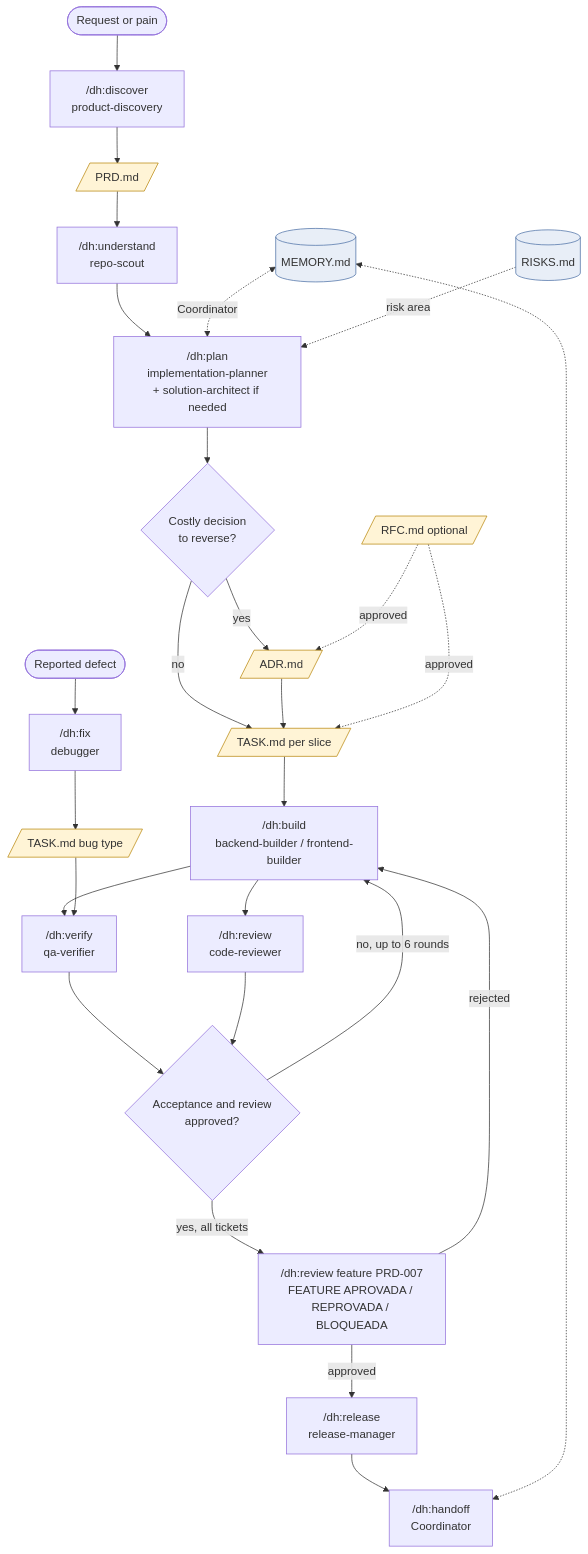
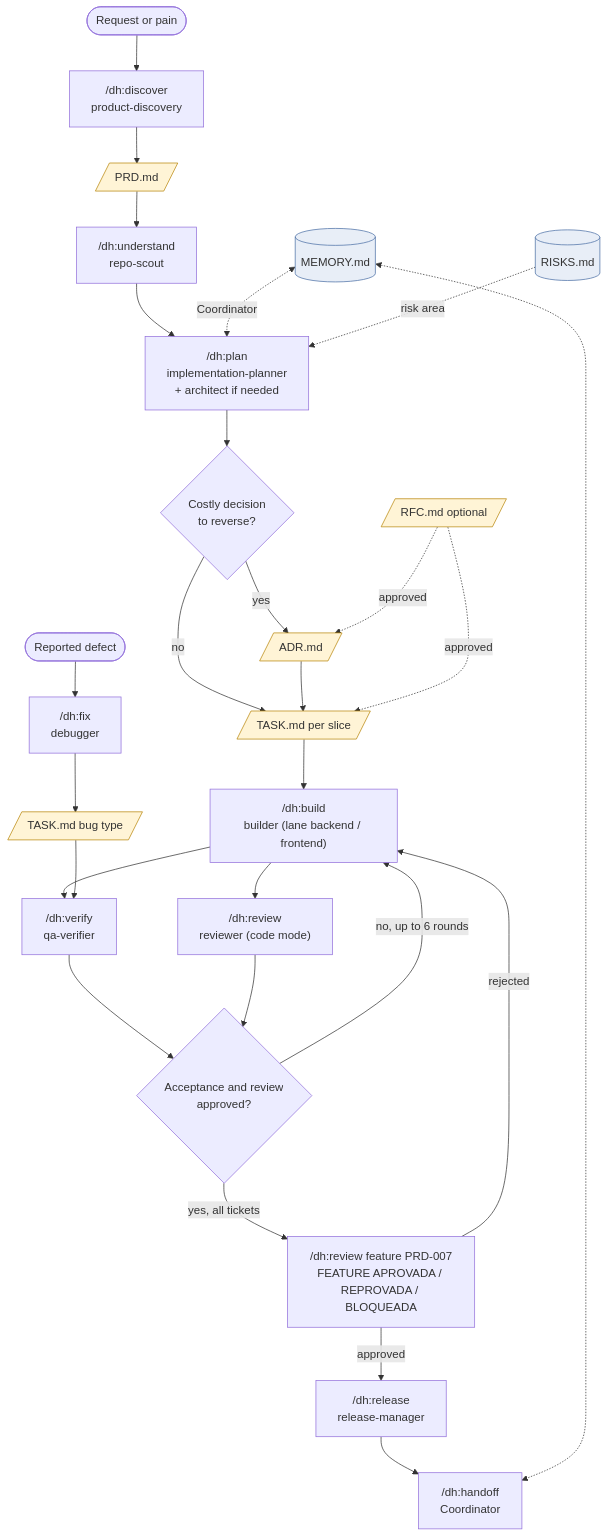
The first of 2 diagrams in docs/en/tutorials/templates.md (danielmalka/dev-harness), drawn with Mermaid before and after one commit. The commit also changed other lines of this file and 662 other files, not shown here.

````diff
--- a/docs/en/tutorials/templates.md
+++ b/docs/en/tutorials/templates.md
@@ -50,37 +50,37 @@
 ```mermaid
 flowchart TB
     ideia([Request or pain]) --> discover["/dh:discover<br/>product-discovery"]
     discover --> prd[/PRD.md/]
     prd --> understand["/dh:understand<br/>repo-scout"]
-    understand --> plan["/dh:plan<br/>implementation-planner<br/>+ solution-architect if needed"]
+    understand --> plan["/dh:plan<br/>implementation-planner<br/>+ architect if needed"]
     plan --> decisao{Costly decision<br/>to reverse?}
     decisao -->|yes| adr[/ADR.md/]
     decisao -->|no| tasks
     adr --> tasks[/TASK.md per slice/]
-    tasks --> build["/dh:build<br/>backend-builder / frontend-builder"]
+    tasks --> build["/dh:build<br/>builder (lane backend / frontend)"]
     build --> verify["/dh:verify<br/>qa-verifier"]
-    build --> review["/dh:review<br/>code-reviewer"]
+    build --> review["/dh:review<br/>reviewer (code mode)"]
     verify --> ok{Acceptance and review<br/>approved?}
     review --> ok
     ok -->|no, up to 6 rounds| build
     ok -->|yes, all tickets| final["/dh:review feature PRD-007<br/>FEATURE APROVADA / REPROVADA / BLOQUEADA"]
     final -->|approved| release["/dh:release<br/>release-manager"]
     final -->|rejected| build
     release --> handoff["/dh:handoff<br/>Coordinator"]
 
     bug([Reported defect]) --> fix["/dh:fix<br/>debugger"]
     fix --> bugtask[/TASK.md bug type/]
     bugtask --> verify
 
     rfc[/RFC.md optional/] -.->|approved| adr
     rfc -.->|approved| tasks
 
     memoria[(MEMORY.md)] <-.->|Coordinator| plan
     memoria <-.-> handoff
     risks[(RISKS.md)] -.->|risk area| plan
 
     classDef doc fill:#fff4d6,stroke:#b8860b
     classDef mem fill:#e8eef7,stroke:#4a6fa5
     class prd,adr,tasks,bugtask,rfc doc
     class memoria,risks mem
 ```
````
